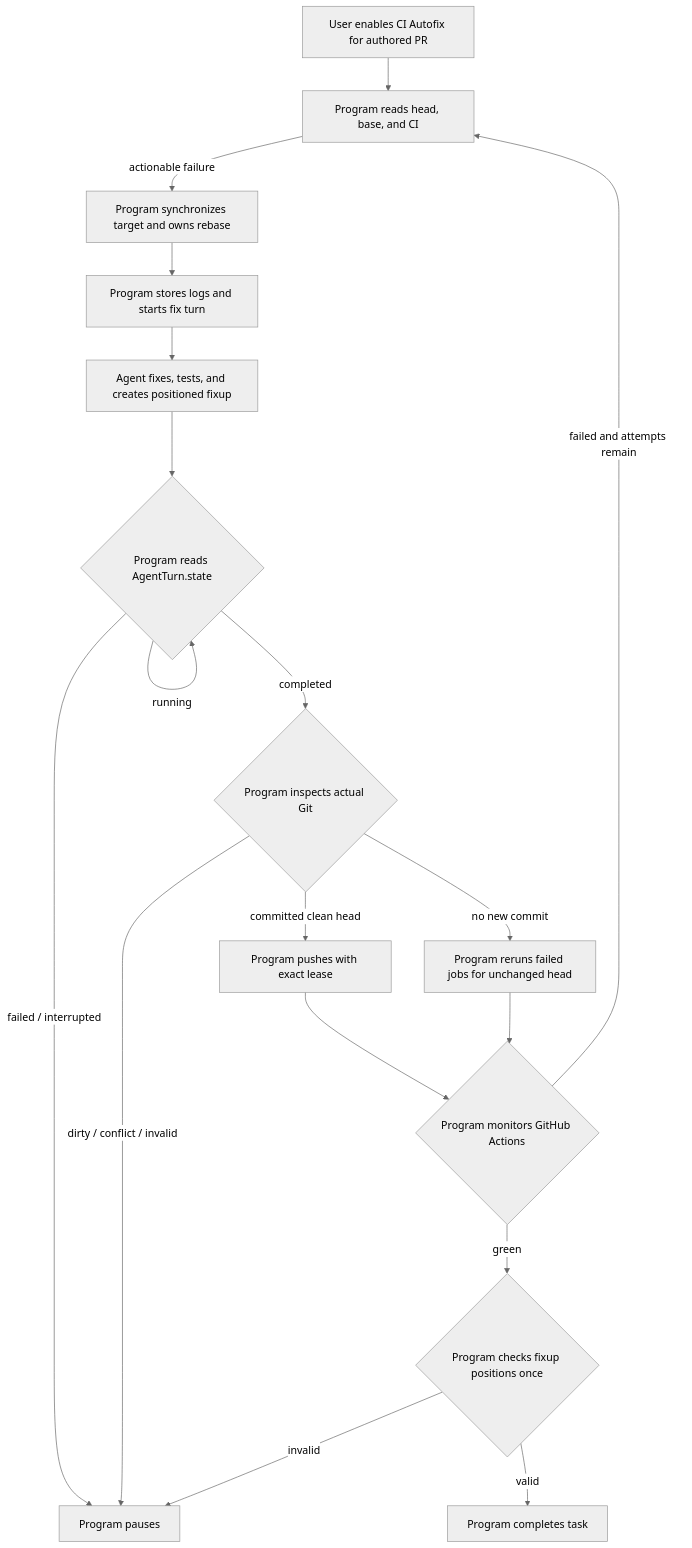
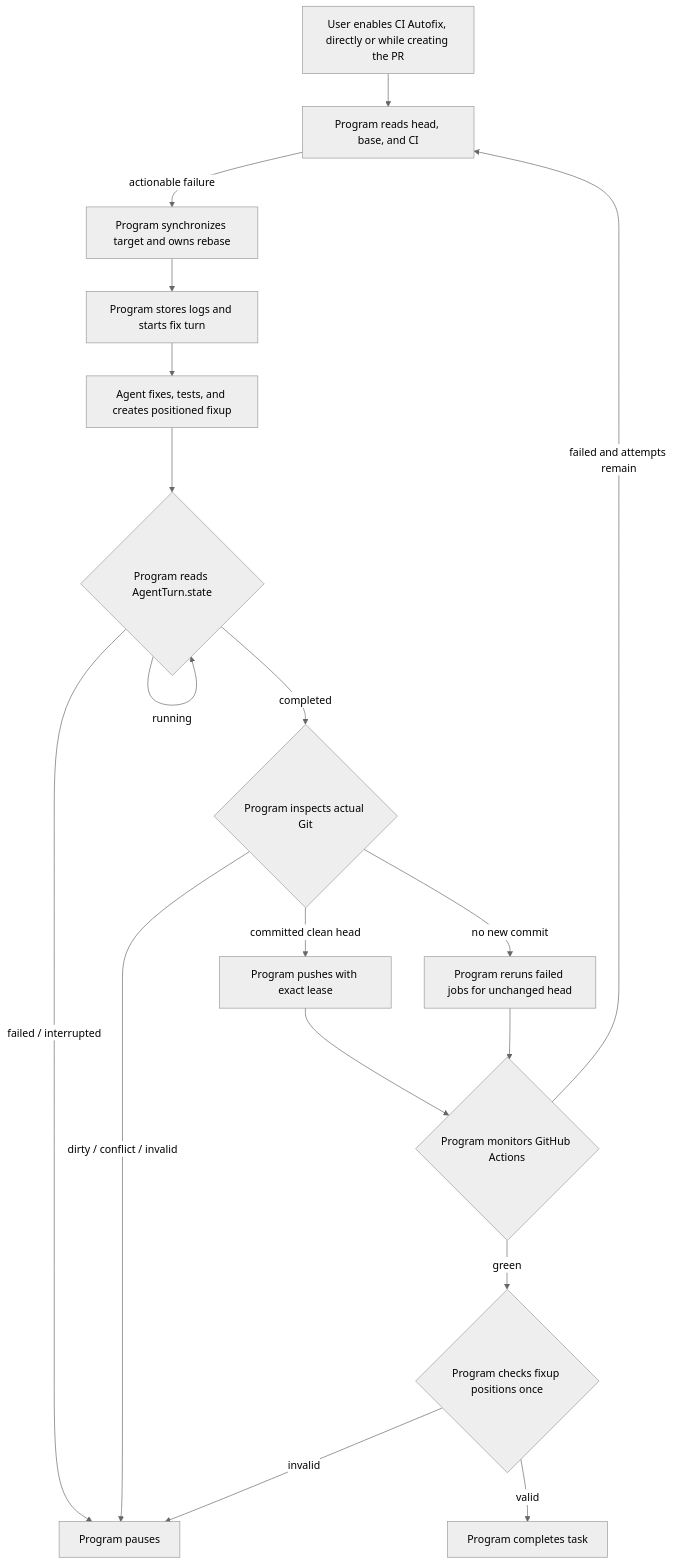
Before and after one commit to bytequay/bytequay: the first of 2 diagrams in docs/design/ci-autofix-service.md, drawn with Mermaid (neutral theme). The commit also changed other lines of this file and 23 other files, not shown here.

Commit message:
Fix cherry-pick conflict and delivery flow

````diff
--- a/docs/design/ci-autofix-service.md
+++ b/docs/design/ci-autofix-service.md
@@ -470,29 +474,29 @@
 ```mermaid
 flowchart TD
-    ENABLE["User enables CI Autofix for authored PR"]
+    ENABLE["User enables CI Autofix, directly or while creating the PR"]
     WATCH["Program reads head, base, and CI"]
     TURN["Program stores logs and starts fix turn"]
     REBASE["Program synchronizes target and owns rebase"]
     FIX["Agent fixes, tests, and creates positioned fixup"]
     LIFE{"Program reads AgentTurn.state"}
     GIT{"Program inspects actual Git"}
     PUSH["Program pushes with exact lease"]
     CI{"Program monitors GitHub Actions"}
     RERUN["Program reruns failed jobs for unchanged head"]
     FINAL{"Program checks fixup positions once"}
     PAUSE["Program pauses"]
     DONE["Program completes task"]
 
     ENABLE --> WATCH
     WATCH -->|"actionable failure"| REBASE --> TURN --> FIX --> LIFE
     LIFE -->|"running"| LIFE
     LIFE -->|"failed / interrupted"| PAUSE
     LIFE -->|"completed"| GIT
     GIT -->|"committed clean head"| PUSH --> CI
     GIT -->|"no new commit"| RERUN --> CI
     GIT -->|"dirty / conflict / invalid"| PAUSE
     CI -->|"failed and attempts remain"| WATCH
     CI -->|"green"| FINAL
     FINAL -->|"valid"| DONE
     FINAL -->|"invalid"| PAUSE
 ```
````
